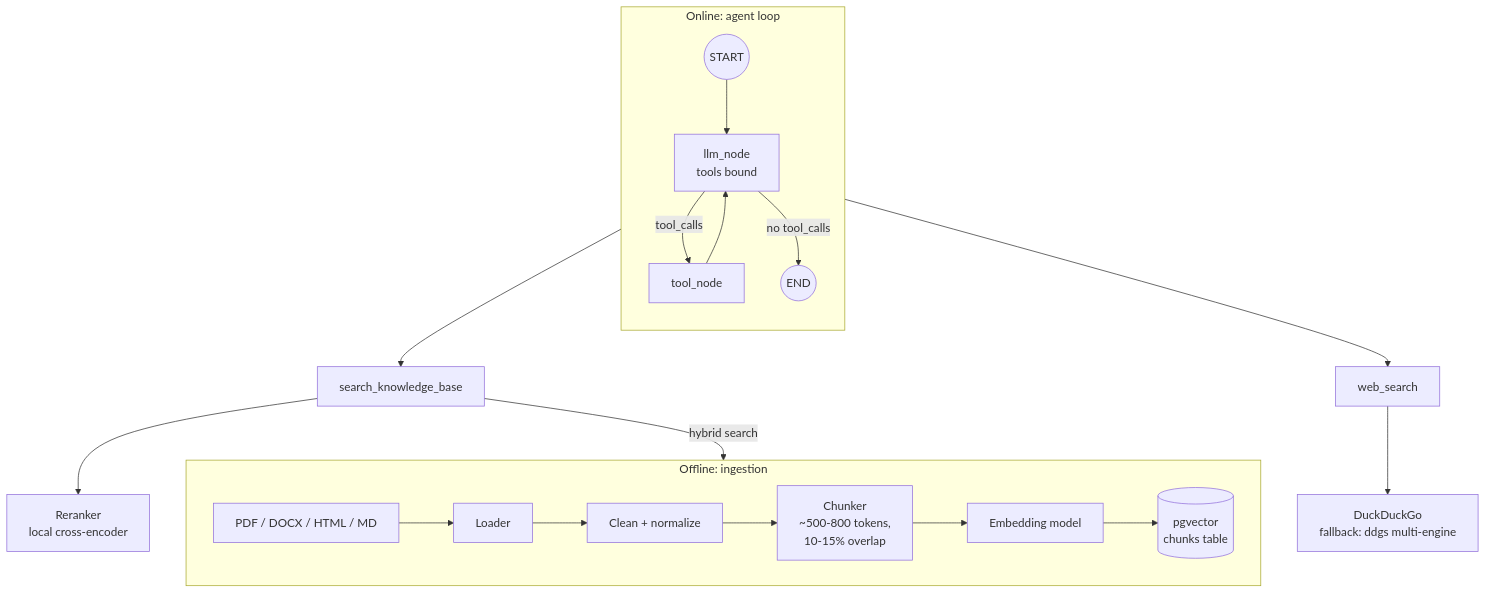
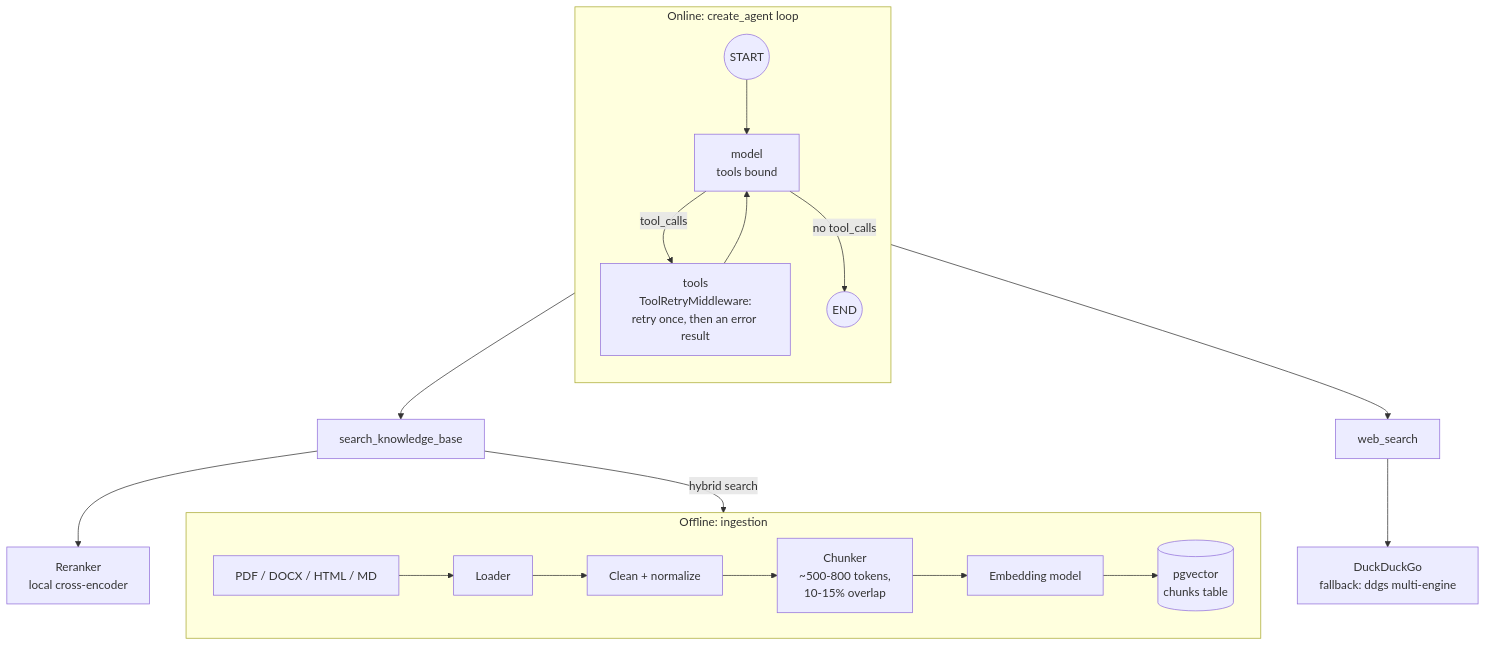
One commit to Anirudh1905/agentic-ai-chatbot changed the first of 2 diagrams in docs/phase-2-tools-rag-web-search.md. Above: the diagram before and after it, drawn with Mermaid. The commit also changed other lines of this file and 37 other files, not shown here.

````diff
--- a/docs/phase-2-tools-rag-web-search.md
+++ b/docs/phase-2-tools-rag-web-search.md
@@ -20,25 +20,25 @@
 ```mermaid
 flowchart TB
     subgraph Offline["Offline: ingestion"]
         direction LR
         Src[PDF / DOCX / HTML / MD] --> Load[Loader]
         Load --> Clean[Clean + normalize]
         Clean --> Chunk[Chunker<br/>~500-800 tokens,<br/>10-15% overlap]
         Chunk --> Embed[Embedding model]
         Embed --> Idx[(pgvector<br/>chunks table)]
     end
 
-    subgraph Online["Online: agent loop"]
+    subgraph Online["Online: create_agent loop"]
         direction TB
-        START((START)) --> LLM[llm_node<br/>tools bound]
-        LLM -->|tool_calls| TN[tool_node]
+        START((START)) --> LLM[model<br/>tools bound]
+        LLM -->|tool_calls| TN["tools<br/>ToolRetryMiddleware:<br/>retry once, then an error result"]
         TN --> LLM
         LLM -->|no tool_calls| END((END))
     end
 
     TN --> KB[search_knowledge_base]
     TN --> WS[web_search]
     KB -->|hybrid search| Idx
     KB --> RR[Reranker<br/>local cross-encoder]
     WS --> DDG[DuckDuckGo<br/>fallback: ddgs multi-engine]
 ```
````
